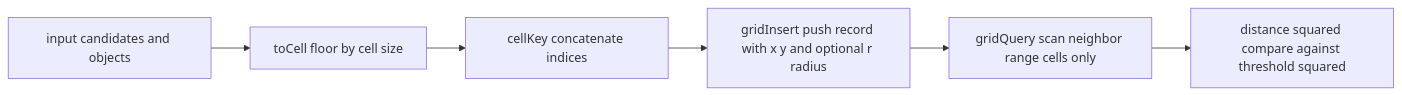
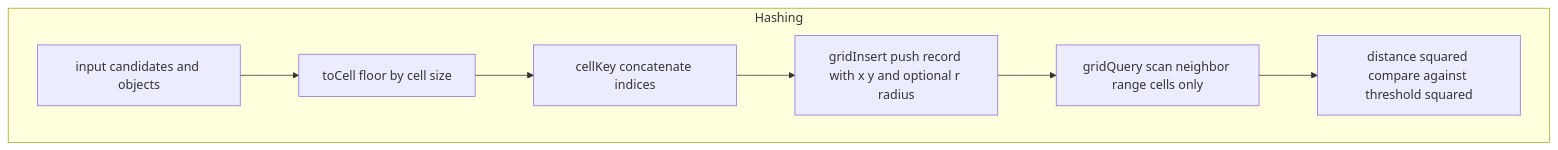
Before and after one commit to Gh0st352/AETHR: the third of 3 diagrams in docs/spawner/placement.md, drawn with Mermaid. The commit also changed other lines of this file and 9 other files, not shown here.

First line of the commit message:
docs(spawner, mermaid): restructure diagrams and clarify headings

````diff
--- a/docs/spawner/placement.md
+++ b/docs/spawner/placement.md
@@ -105,8 +129,13 @@
 ```mermaid
+%% shared theme: docs/_mermaid/theme.json %%
 flowchart LR
-  G0[input candidates and objects] --> G1[toCell floor by cell size]
-  G1 --> G2[cellKey concatenate indices]
-  G2 --> G3[gridInsert push record with x y and optional r radius]
-  G3 --> G4[gridQuery scan neighbor range cells only]
-  G4 --> G5[distance squared compare against threshold squared]
+  subgraph "Hashing"
+    direction LR
+    G0[input candidates and objects] --> G1[toCell floor by cell size]
+    G1 --> G2[cellKey concatenate indices]
+    G2 --> G3[gridInsert push record with x y and optional r radius]
+    G3 --> G4[gridQuery scan neighbor range cells only]
+    G4 --> G5[distance squared compare against threshold squared]
+  end
+  class G0,G1,G2,G3,G4,G5 class_compute;
 ```
````
